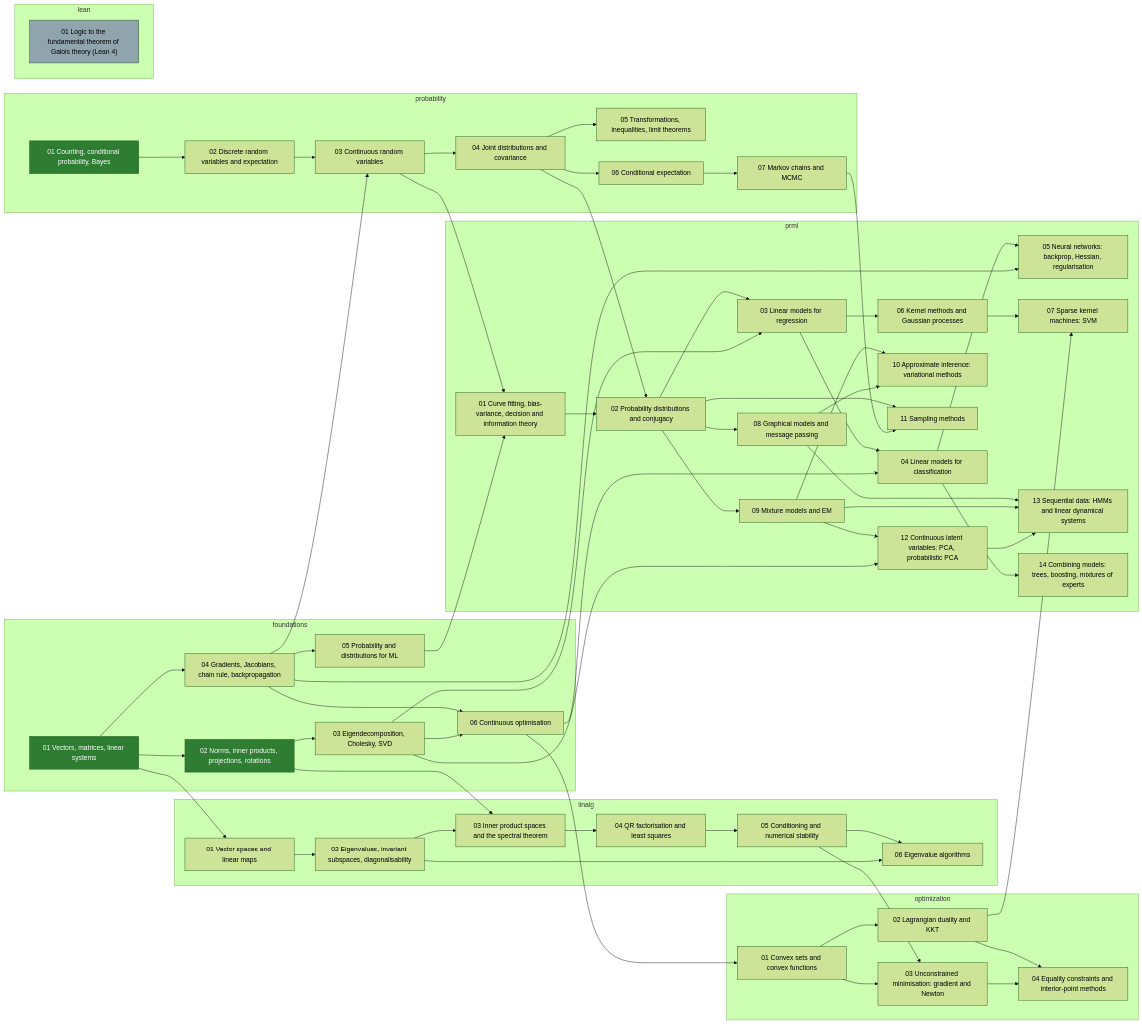
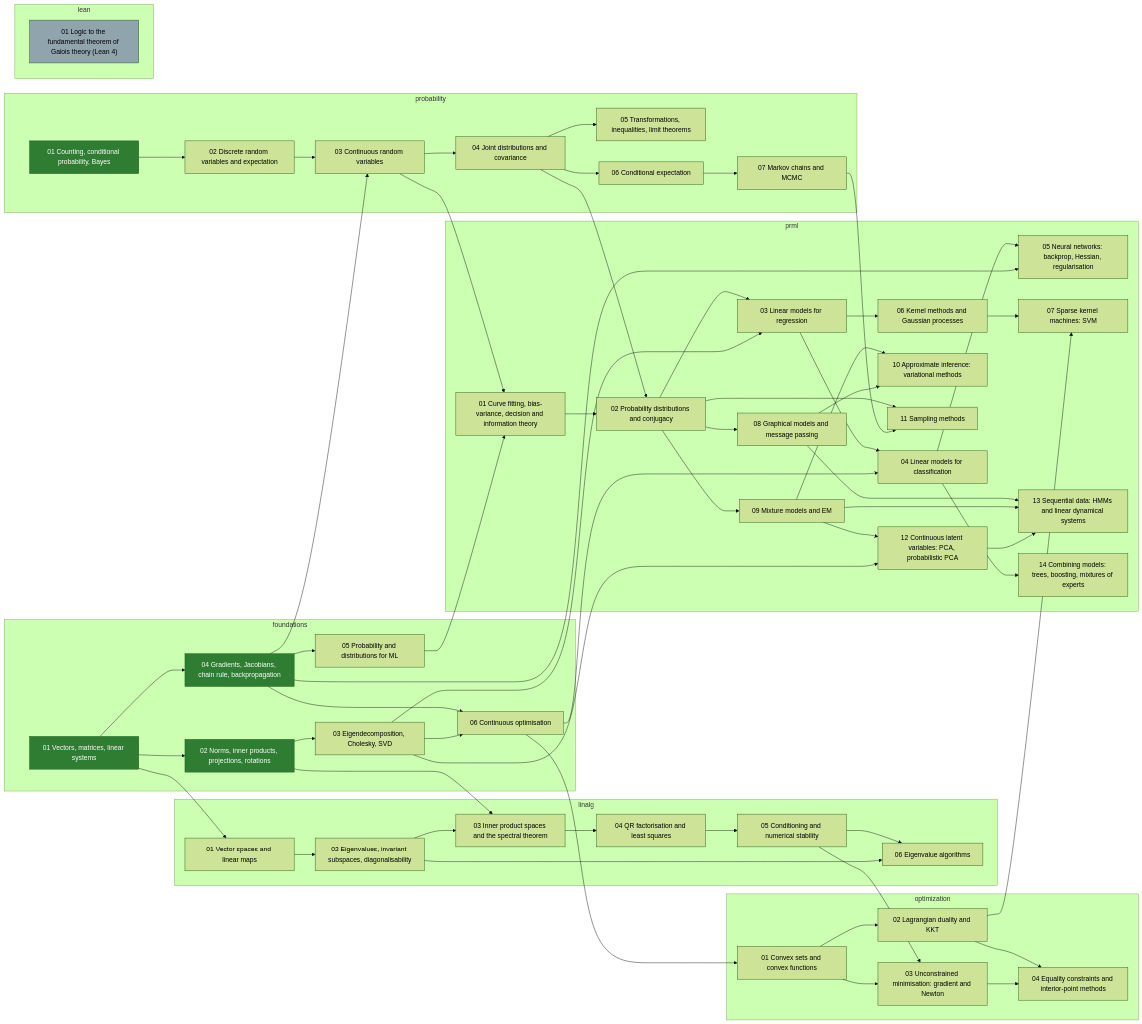
The diagram in skill-tree/README.md (alektebel/learn-stuff-from-scratch), drawn with Mermaid (forest theme) before and after one commit. The commit also changed other lines of this file and 8 other files, not shown here.

First line of the commit message:
math: build foundations-04-vector-calculus

```diff
--- a/skill-tree/README.md
+++ b/skill-tree/README.md
@@ -68,7 +68,7 @@
     foundations-01-linear-algebra["01 Vectors, matrices, linear systems"]:::done
     foundations-02-analytic-geometry["02 Norms, inner products, projections, rotations"]:::done
     foundations-03-matrix-decompositions["03 Eigendecomposition, Cholesky, SVD"]
-    foundations-04-vector-calculus["04 Gradients, Jacobians, chain rule, backpropagation"]
+    foundations-04-vector-calculus["04 Gradients, Jacobians, chain rule, backpropagation"]:::done
     foundations-05-probability["05 Probability and distributions for ML"]
     foundations-06-optimization["06 Continuous optimisation"]
   end
```
